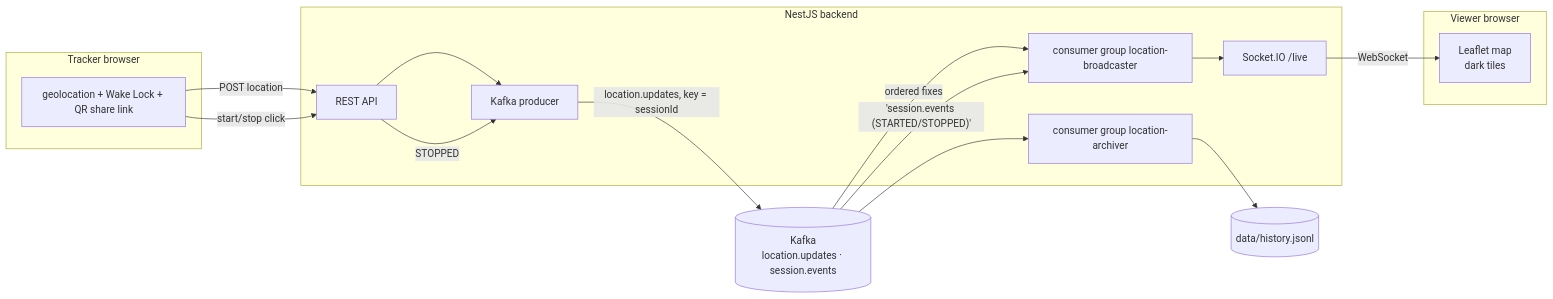
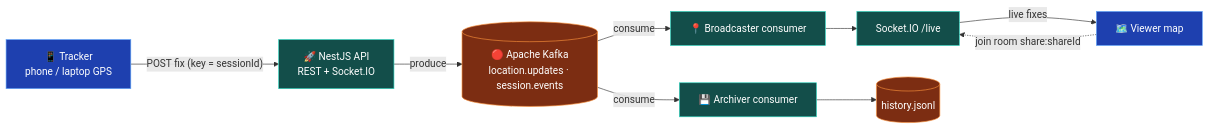
One commit to ehabAbdelMawla/kafka-live-tracker changed the diagram in README.md. Above: the diagram before and after it, drawn with Mermaid.

Commit message:
docs: simplify architecture diagram — single flow, color-coded stages

````diff
--- a/README.md
+++ b/README.md
@@ -12,23 +12,24 @@
 ```mermaid
 flowchart LR
-    subgraph Tracker[Tracker browser]
-        A[geolocation + Wake Lock + QR share link]
-    end
-    subgraph Backend[NestJS backend]
-        B[REST API]
-        P[Kafka producer]
-        C1[consumer group location-broadcaster]
-        C2[consumer group location-archiver]
-        G[Socket.IO /live]
-    end
-    K[(Kafka<br/>location.updates · session.events)]
-    subgraph Viewer[Viewer browser]
-        V[Leaflet map<br/>dark tiles]
-    end
+    T["📱 Tracker<br/>phone / laptop GPS"]
+    A["🚀 NestJS API<br/>REST + Socket.IO"]
+    K[("🔴 Apache Kafka<br/>location.updates · session.events")]
+    B["📍 Broadcaster consumer"]
+    WS["Socket.IO /live"]
+    V["🗺️ Viewer map"]
+    R["💾 Archiver consumer"]
+    S[("history.jsonl")]
 
-    A -- POST location --> B --> P -- location.updates, key = sessionId --> K
-    A -- start/stop click --> B -- STOPPED --> P
-    K -- ordered fixes --> C1 --> G -- WebSocket --> V
-    K -- 'session.events (STARTED/STOPPED)' --> C1
-    K --> C2 --> F[(data/history.jsonl)]
+    T -- "POST fix (key = sessionId)" --> A
+    A -- produce --> K
+    K -- consume --> B --> WS -- "live fixes" --> V
+    K -- consume --> R --> S
+    V -. "join room share:shareId" .-> WS
+
+    classDef browser fill:#1e40af,color:#fff,stroke:#60a5fa;
+    classDef backend fill:#134e4a,color:#fff,stroke:#2dd4bf;
+    classDef kafka fill:#7c2d12,color:#fff,stroke:#fb923c;
+    class T,V browser;
+    class A,B,R,WS backend;
+    class K,S kafka;
 ```
````
